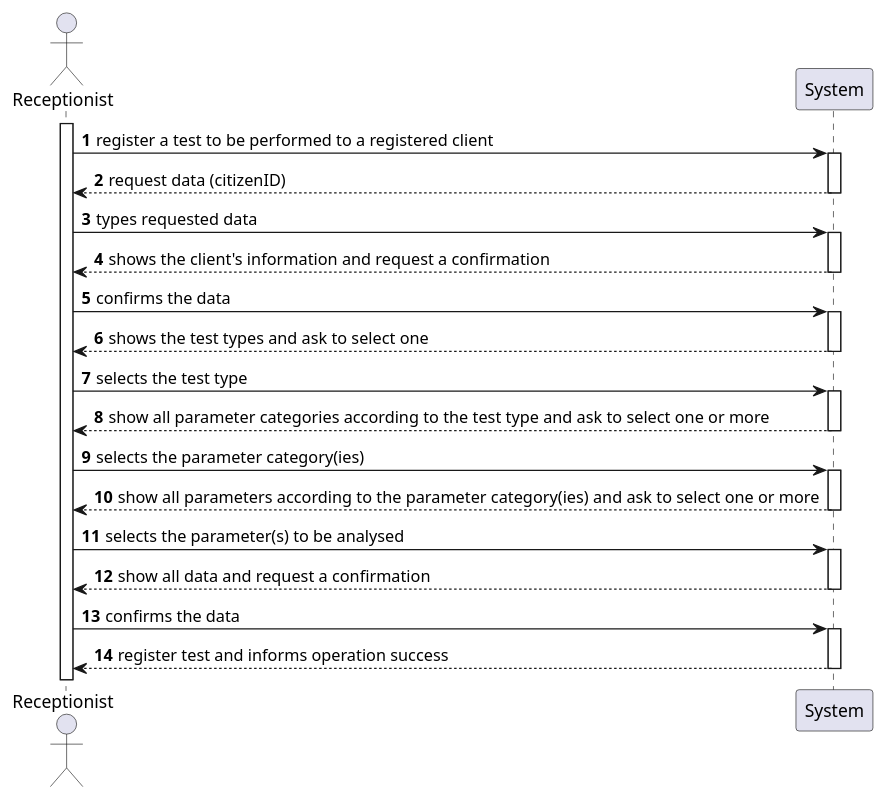
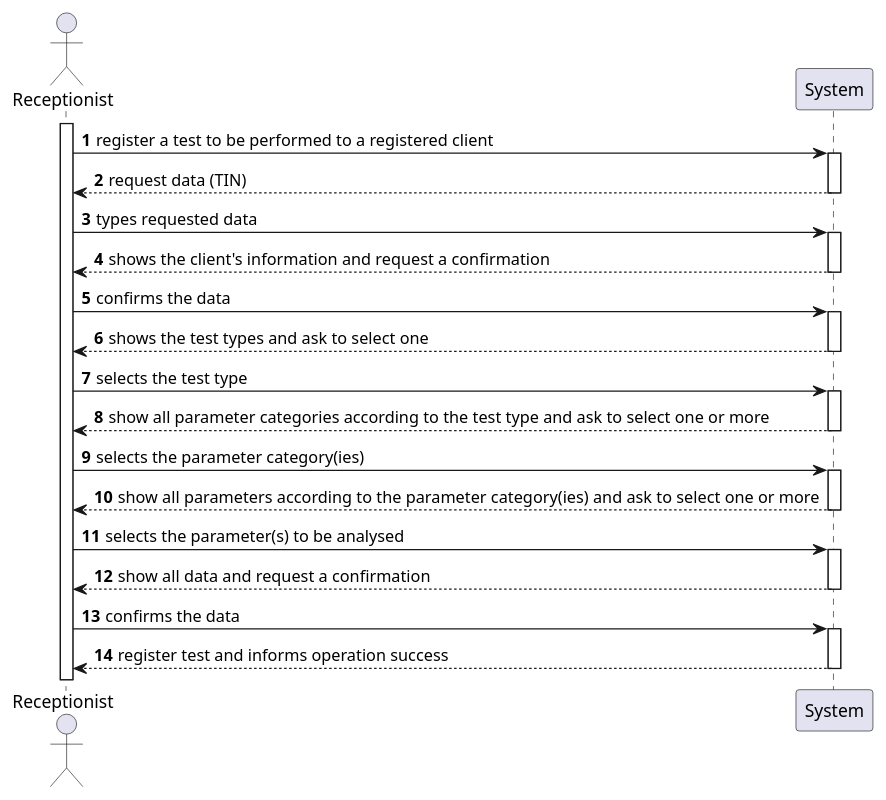
Before and after one commit to 0franciscor/lei-21-s2-1de-g19: the diagram in docs/SprintC/US04/US04-SSD.puml, drawn with PlantUML. The commit also changed 3 other files, not shown here.

```diff
--- a/docs/SprintC/US04/US04-SSD.puml
+++ b/docs/SprintC/US04/US04-SSD.puml
@@ -1,22 +1,22 @@
 @startuml
 'https://plantuml.com/sequence-diagram
 
 autonumber
 
 actor "Receptionist" as R
 activate R
 R -> System ++: register a test to be performed to a registered client
-System -->  R --: request data (citizenID)
+System -->  R --: request data (TIN)
 R -> System ++: types requested data
 System -->  R --: shows the client's information and request a confirmation
 R -> System ++: confirms the data
 System --> R --: shows the test types and ask to select one
 R -> System ++: selects the test type
 System --> R --: show all parameter categories according to the test type and ask to select one or more
 R -> System ++: selects the parameter category(ies)
 System --> R --: show all parameters according to the parameter category(ies) and ask to select one or more
 R -> System ++: selects the parameter(s) to be analysed
 System --> R --: show all data and request a confirmation
 R -> System ++: confirms the data
 System --> R --: register test and informs operation success
 @enduml
```
